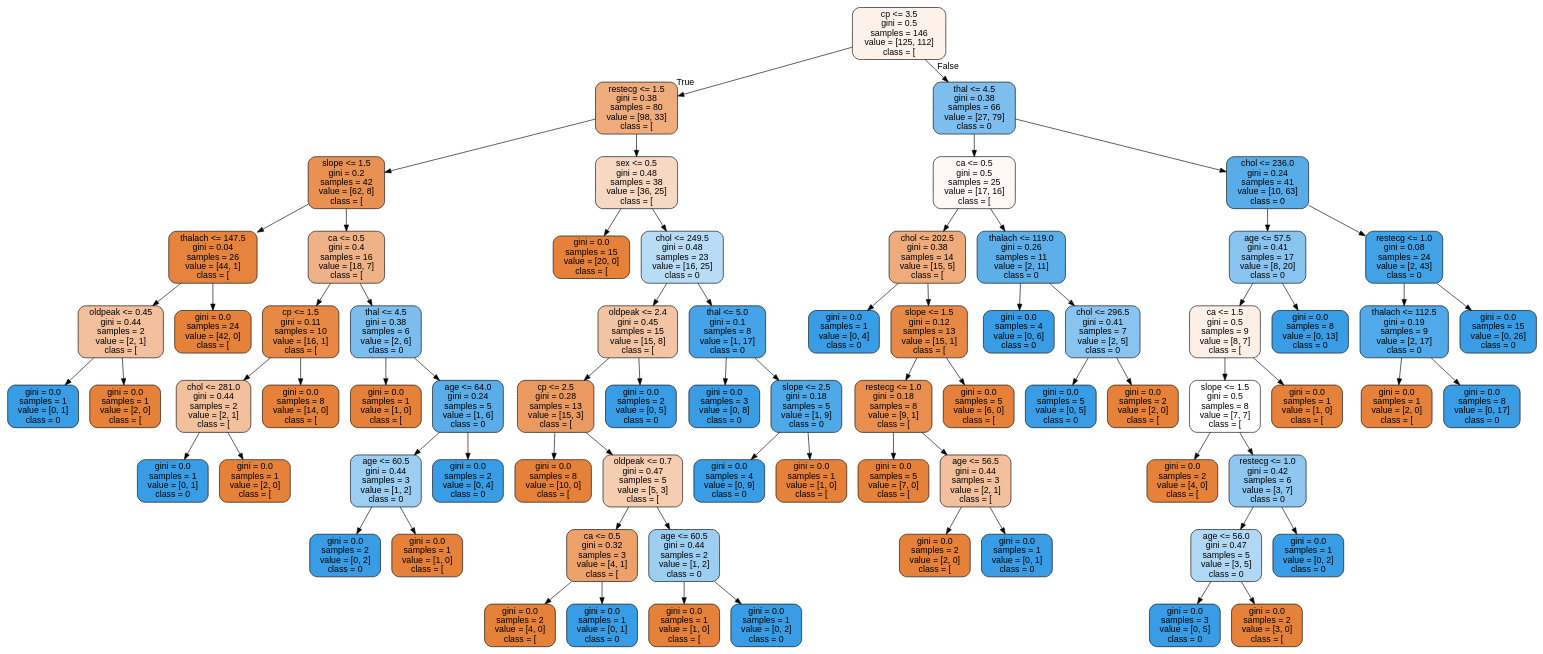
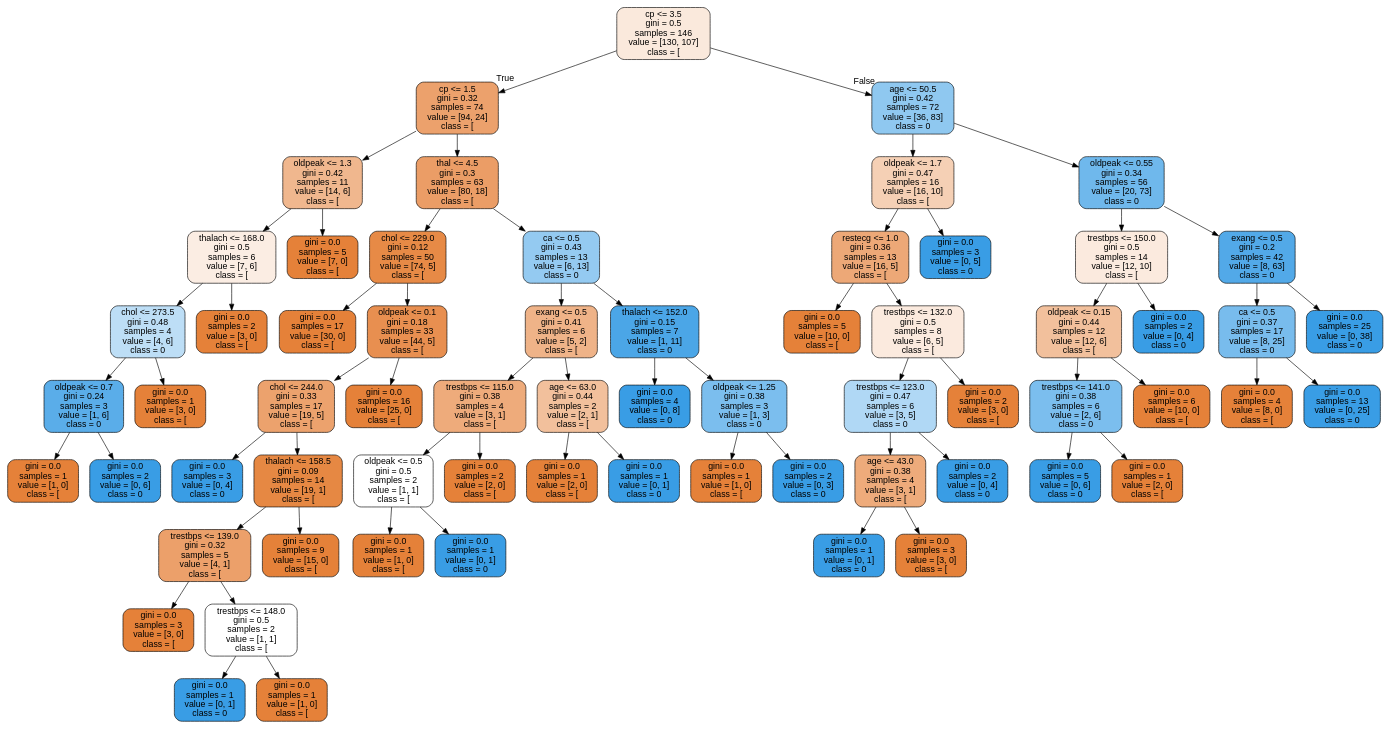
Before and after one commit to yunweiliang/cse163-final-project: the diagram in tree.dot, drawn with Graphviz. The commit also changed 27 other files, not shown here.

```diff
--- a/tree.dot
+++ b/tree.dot
@@ -1,149 +1,133 @@
 digraph Tree {
 node [shape=box, style="filled, rounded", color="black", fontname=helvetica] ;
 edge [fontname=helvetica] ;
-0 [label="cp <= 3.5\ngini = 0.5\nsamples = 146\nvalue = [125, 112]\nclass = [", fillcolor="#fcf2ea"] ;
-1 [label="restecg <= 1.5\ngini = 0.38\nsamples = 80\nvalue = [98, 33]\nclass = [", fillcolor="#eeab7c"] ;
+0 [label="cp <= 3.5\ngini = 0.5\nsamples = 146\nvalue = [130, 107]\nclass = [", fillcolor="#fae9dc"] ;
+1 [label="cp <= 1.5\ngini = 0.32\nsamples = 74\nvalue = [94, 24]\nclass = [", fillcolor="#eca16c"] ;
 0 -> 1 [labeldistance=2.5, labelangle=45, headlabel="True"] ;
-2 [label="slope <= 1.5\ngini = 0.2\nsamples = 42\nvalue = [62, 8]\nclass = [", fillcolor="#e89153"] ;
+2 [label="oldpeak <= 1.3\ngini = 0.42\nsamples = 11\nvalue = [14, 6]\nclass = [", fillcolor="#f0b78e"] ;
 1 -> 2 ;
-3 [label="thalach <= 147.5\ngini = 0.04\nsamples = 26\nvalue = [44, 1]\nclass = [", fillcolor="#e6843d"] ;
+3 [label="thalach <= 168.0\ngini = 0.5\nsamples = 6\nvalue = [7, 6]\nclass = [", fillcolor="#fbede3"] ;
 2 -> 3 ;
-4 [label="oldpeak <= 0.45\ngini = 0.44\nsamples = 2\nvalue = [2, 1]\nclass = [", fillcolor="#f2c09c"] ;
+4 [label="chol <= 273.5\ngini = 0.48\nsamples = 4\nvalue = [4, 6]\nclass = 0", fillcolor="#bddef6"] ;
 3 -> 4 ;
-5 [label="gini = 0.0\nsamples = 1\nvalue = [0, 1]\nclass = 0", fillcolor="#399de5"] ;
+5 [label="oldpeak <= 0.7\ngini = 0.24\nsamples = 3\nvalue = [1, 6]\nclass = 0", fillcolor="#5aade9"] ;
 4 -> 5 ;
-6 [label="gini = 0.0\nsamples = 1\nvalue = [2, 0]\nclass = [", fillcolor="#e58139"] ;
-4 -> 6 ;
-7 [label="gini = 0.0\nsamples = 24\nvalue = [42, 0]\nclass = [", fillcolor="#e58139"] ;
-3 -> 7 ;
-8 [label="ca <= 0.5\ngini = 0.4\nsamples = 16\nvalue = [18, 7]\nclass = [", fillcolor="#efb286"] ;
-2 -> 8 ;
-9 [label="cp <= 1.5\ngini = 0.11\nsamples = 10\nvalue = [16, 1]\nclass = [", fillcolor="#e78945"] ;
-8 -> 9 ;
-10 [label="chol <= 281.0\ngini = 0.44\nsamples = 2\nvalue = [2, 1]\nclass = [", fillcolor="#f2c09c"] ;
-9 -> 10 ;
-11 [label="gini = 0.0\nsamples = 1\nvalue = [0, 1]\nclass = 0", fillcolor="#399de5"] ;
-10 -> 11 ;
-12 [label="gini = 0.0\nsamples = 1\nvalue = [2, 0]\nclass = [", fillcolor="#e58139"] ;
-10 -> 12 ;
-13 [label="gini = 0.0\nsamples = 8\nvalue = [14, 0]\nclass = [", fillcolor="#e58139"] ;
-9 -> 13 ;
-14 [label="thal <= 4.5\ngini = 0.38\nsamples = 6\nvalue = [2, 6]\nclass = 0", fillcolor="#7bbeee"] ;
-8 -> 14 ;
-15 [label="gini = 0.0\nsamples = 1\nvalue = [1, 0]\nclass = [", fillcolor="#e58139"] ;
+6 [label="gini = 0.0\nsamples = 1\nvalue = [1, 0]\nclass = [", fillcolor="#e58139"] ;
+5 -> 6 ;
+7 [label="gini = 0.0\nsamples = 2\nvalue = [0, 6]\nclass = 0", fillcolor="#399de5"] ;
+5 -> 7 ;
+8 [label="gini = 0.0\nsamples = 1\nvalue = [3, 0]\nclass = [", fillcolor="#e58139"] ;
+4 -> 8 ;
+9 [label="gini = 0.0\nsamples = 2\nvalue = [3, 0]\nclass = [", fillcolor="#e58139"] ;
+3 -> 9 ;
+10 [label="gini = 0.0\nsamples = 5\nvalue = [7, 0]\nclass = [", fillcolor="#e58139"] ;
+2 -> 10 ;
+11 [label="thal <= 4.5\ngini = 0.3\nsamples = 63\nvalue = [80, 18]\nclass = [", fillcolor="#eb9d66"] ;
+1 -> 11 ;
+12 [label="chol <= 229.0\ngini = 0.12\nsamples = 50\nvalue = [74, 5]\nclass = [", fillcolor="#e78a46"] ;
+11 -> 12 ;
+13 [label="gini = 0.0\nsamples = 17\nvalue = [30, 0]\nclass = [", fillcolor="#e58139"] ;
+12 -> 13 ;
+14 [label="oldpeak <= 0.1\ngini = 0.18\nsamples = 33\nvalue = [44, 5]\nclass = [", fillcolor="#e88f50"] ;
+12 -> 14 ;
+15 [label="chol <= 244.0\ngini = 0.33\nsamples = 17\nvalue = [19, 5]\nclass = [", fillcolor="#eca26d"] ;
 14 -> 15 ;
-16 [label="age <= 64.0\ngini = 0.24\nsamples = 5\nvalue = [1, 6]\nclass = 0", fillcolor="#5aade9"] ;
-14 -> 16 ;
-17 [label="age <= 60.5\ngini = 0.44\nsamples = 3\nvalue = [1, 2]\nclass = 0", fillcolor="#9ccef2"] ;
-16 -> 17 ;
-18 [label="gini = 0.0\nsamples = 2\nvalue = [0, 2]\nclass = 0", fillcolor="#399de5"] ;
+16 [label="gini = 0.0\nsamples = 3\nvalue = [0, 4]\nclass = 0", fillcolor="#399de5"] ;
+15 -> 16 ;
+17 [label="thalach <= 158.5\ngini = 0.09\nsamples = 14\nvalue = [19, 1]\nclass = [", fillcolor="#e68843"] ;
+15 -> 17 ;
+18 [label="trestbps <= 139.0\ngini = 0.32\nsamples = 5\nvalue = [4, 1]\nclass = [", fillcolor="#eca06a"] ;
 17 -> 18 ;
-19 [label="gini = 0.0\nsamples = 1\nvalue = [1, 0]\nclass = [", fillcolor="#e58139"] ;
-17 -> 19 ;
-20 [label="gini = 0.0\nsamples = 2\nvalue = [0, 4]\nclass = 0", fillcolor="#399de5"] ;
-16 -> 20 ;
-21 [label="sex <= 0.5\ngini = 0.48\nsamples = 38\nvalue = [36, 25]\nclass = [", fillcolor="#f7d8c2"] ;
-1 -> 21 ;
-22 [label="gini = 0.0\nsamples = 15\nvalue = [20, 0]\nclass = [", fillcolor="#e58139"] ;
-21 -> 22 ;
-23 [label="chol <= 249.5\ngini = 0.48\nsamples = 23\nvalue = [16, 25]\nclass = 0", fillcolor="#b8dcf6"] ;
-21 -> 23 ;
-24 [label="oldpeak <= 2.4\ngini = 0.45\nsamples = 15\nvalue = [15, 8]\nclass = [", fillcolor="#f3c4a3"] ;
-23 -> 24 ;
-25 [label="cp <= 2.5\ngini = 0.28\nsamples = 13\nvalue = [15, 3]\nclass = [", fillcolor="#ea9a61"] ;
-24 -> 25 ;
-26 [label="gini = 0.0\nsamples = 8\nvalue = [10, 0]\nclass = [", fillcolor="#e58139"] ;
+19 [label="gini = 0.0\nsamples = 3\nvalue = [3, 0]\nclass = [", fillcolor="#e58139"] ;
+18 -> 19 ;
+20 [label="trestbps <= 148.0\ngini = 0.5\nsamples = 2\nvalue = [1, 1]\nclass = [", fillcolor="#ffffff"] ;
+18 -> 20 ;
+21 [label="gini = 0.0\nsamples = 1\nvalue = [0, 1]\nclass = 0", fillcolor="#399de5"] ;
+20 -> 21 ;
+22 [label="gini = 0.0\nsamples = 1\nvalue = [1, 0]\nclass = [", fillcolor="#e58139"] ;
+20 -> 22 ;
+23 [label="gini = 0.0\nsamples = 9\nvalue = [15, 0]\nclass = [", fillcolor="#e58139"] ;
+17 -> 23 ;
+24 [label="gini = 0.0\nsamples = 16\nvalue = [25, 0]\nclass = [", fillcolor="#e58139"] ;
+14 -> 24 ;
+25 [label="ca <= 0.5\ngini = 0.43\nsamples = 13\nvalue = [6, 13]\nclass = 0", fillcolor="#94caf1"] ;
+11 -> 25 ;
+26 [label="exang <= 0.5\ngini = 0.41\nsamples = 6\nvalue = [5, 2]\nclass = [", fillcolor="#efb388"] ;
 25 -> 26 ;
-27 [label="oldpeak <= 0.7\ngini = 0.47\nsamples = 5\nvalue = [5, 3]\nclass = [", fillcolor="#f5cdb0"] ;
-25 -> 27 ;
-28 [label="ca <= 0.5\ngini = 0.32\nsamples = 3\nvalue = [4, 1]\nclass = [", fillcolor="#eca06a"] ;
+27 [label="trestbps <= 115.0\ngini = 0.38\nsamples = 4\nvalue = [3, 1]\nclass = [", fillcolor="#eeab7b"] ;
+26 -> 27 ;
+28 [label="oldpeak <= 0.5\ngini = 0.5\nsamples = 2\nvalue = [1, 1]\nclass = [", fillcolor="#ffffff"] ;
 27 -> 28 ;
-29 [label="gini = 0.0\nsamples = 2\nvalue = [4, 0]\nclass = [", fillcolor="#e58139"] ;
+29 [label="gini = 0.0\nsamples = 1\nvalue = [1, 0]\nclass = [", fillcolor="#e58139"] ;
 28 -> 29 ;
 30 [label="gini = 0.0\nsamples = 1\nvalue = [0, 1]\nclass = 0", fillcolor="#399de5"] ;
 28 -> 30 ;
-31 [label="age <= 60.5\ngini = 0.44\nsamples = 2\nvalue = [1, 2]\nclass = 0", fillcolor="#9ccef2"] ;
+31 [label="gini = 0.0\nsamples = 2\nvalue = [2, 0]\nclass = [", fillcolor="#e58139"] ;
 27 -> 31 ;
-32 [label="gini = 0.0\nsamples = 1\nvalue = [1, 0]\nclass = [", fillcolor="#e58139"] ;
-31 -> 32 ;
-33 [label="gini = 0.0\nsamples = 1\nvalue = [0, 2]\nclass = 0", fillcolor="#399de5"] ;
-31 -> 33 ;
-34 [label="gini = 0.0\nsamples = 2\nvalue = [0, 5]\nclass = 0", fillcolor="#399de5"] ;
-24 -> 34 ;
-35 [label="thal <= 5.0\ngini = 0.1\nsamples = 8\nvalue = [1, 17]\nclass = 0", fillcolor="#45a3e7"] ;
-23 -> 35 ;
-36 [label="gini = 0.0\nsamples = 3\nvalue = [0, 8]\nclass = 0", fillcolor="#399de5"] ;
+32 [label="age <= 63.0\ngini = 0.44\nsamples = 2\nvalue = [2, 1]\nclass = [", fillcolor="#f2c09c"] ;
+26 -> 32 ;
+33 [label="gini = 0.0\nsamples = 1\nvalue = [2, 0]\nclass = [", fillcolor="#e58139"] ;
+32 -> 33 ;
+34 [label="gini = 0.0\nsamples = 1\nvalue = [0, 1]\nclass = 0", fillcolor="#399de5"] ;
+32 -> 34 ;
+35 [label="thalach <= 152.0\ngini = 0.15\nsamples = 7\nvalue = [1, 11]\nclass = 0", fillcolor="#4ba6e7"] ;
+25 -> 35 ;
+36 [label="gini = 0.0\nsamples = 4\nvalue = [0, 8]\nclass = 0", fillcolor="#399de5"] ;
 35 -> 36 ;
-37 [label="slope <= 2.5\ngini = 0.18\nsamples = 5\nvalue = [1, 9]\nclass = 0", fillcolor="#4fa8e8"] ;
+37 [label="oldpeak <= 1.25\ngini = 0.38\nsamples = 3\nvalue = [1, 3]\nclass = 0", fillcolor="#7bbeee"] ;
 35 -> 37 ;
-38 [label="gini = 0.0\nsamples = 4\nvalue = [0, 9]\nclass = 0", fillcolor="#399de5"] ;
+38 [label="gini = 0.0\nsamples = 1\nvalue = [1, 0]\nclass = [", fillcolor="#e58139"] ;
 37 -> 38 ;
-39 [label="gini = 0.0\nsamples = 1\nvalue = [1, 0]\nclass = [", fillcolor="#e58139"] ;
+39 [label="gini = 0.0\nsamples = 2\nvalue = [0, 3]\nclass = 0", fillcolor="#399de5"] ;
 37 -> 39 ;
-40 [label="thal <= 4.5\ngini = 0.38\nsamples = 66\nvalue = [27, 79]\nclass = 0", fillcolor="#7dbeee"] ;
+40 [label="age <= 50.5\ngini = 0.42\nsamples = 72\nvalue = [36, 83]\nclass = 0", fillcolor="#8fc8f0"] ;
 0 -> 40 [labeldistance=2.5, labelangle=-45, headlabel="False"] ;
-41 [label="ca <= 0.5\ngini = 0.5\nsamples = 25\nvalue = [17, 16]\nclass = [", fillcolor="#fdf8f3"] ;
+41 [label="oldpeak <= 1.7\ngini = 0.47\nsamples = 16\nvalue = [16, 10]\nclass = [", fillcolor="#f5d0b5"] ;
 40 -> 41 ;
-42 [label="chol <= 202.5\ngini = 0.38\nsamples = 14\nvalue = [15, 5]\nclass = [", fillcolor="#eeab7b"] ;
+42 [label="restecg <= 1.0\ngini = 0.36\nsamples = 13\nvalue = [16, 5]\nclass = [", fillcolor="#eda877"] ;
 41 -> 42 ;
-43 [label="gini = 0.0\nsamples = 1\nvalue = [0, 4]\nclass = 0", fillcolor="#399de5"] ;
+43 [label="gini = 0.0\nsamples = 5\nvalue = [10, 0]\nclass = [", fillcolor="#e58139"] ;
 42 -> 43 ;
-44 [label="slope <= 1.5\ngini = 0.12\nsamples = 13\nvalue = [15, 1]\nclass = [", fillcolor="#e78946"] ;
+44 [label="trestbps <= 132.0\ngini = 0.5\nsamples = 8\nvalue = [6, 5]\nclass = [", fillcolor="#fbeade"] ;
 42 -> 44 ;
-45 [label="restecg <= 1.0\ngini = 0.18\nsamples = 8\nvalue = [9, 1]\nclass = [", fillcolor="#e88f4f"] ;
+45 [label="trestbps <= 123.0\ngini = 0.47\nsamples = 6\nvalue = [3, 5]\nclass = 0", fillcolor="#b0d8f5"] ;
 44 -> 45 ;
-46 [label="gini = 0.0\nsamples = 5\nvalue = [7, 0]\nclass = [", fillcolor="#e58139"] ;
+46 [label="age <= 43.0\ngini = 0.38\nsamples = 4\nvalue = [3, 1]\nclass = [", fillcolor="#eeab7b"] ;
 45 -> 46 ;
-47 [label="age <= 56.5\ngini = 0.44\nsamples = 3\nvalue = [2, 1]\nclass = [", fillcolor="#f2c09c"] ;
-45 -> 47 ;
-48 [label="gini = 0.0\nsamples = 2\nvalue = [2, 0]\nclass = [", fillcolor="#e58139"] ;
-47 -> 48 ;
-49 [label="gini = 0.0\nsamples = 1\nvalue = [0, 1]\nclass = 0", fillcolor="#399de5"] ;
-47 -> 49 ;
-50 [label="gini = 0.0\nsamples = 5\nvalue = [6, 0]\nclass = [", fillcolor="#e58139"] ;
+47 [label="gini = 0.0\nsamples = 1\nvalue = [0, 1]\nclass = 0", fillcolor="#399de5"] ;
+46 -> 47 ;
+48 [label="gini = 0.0\nsamples = 3\nvalue = [3, 0]\nclass = [", fillcolor="#e58139"] ;
+46 -> 48 ;
+49 [label="gini = 0.0\nsamples = 2\nvalue = [0, 4]\nclass = 0", fillcolor="#399de5"] ;
+45 -> 49 ;
+50 [label="gini = 0.0\nsamples = 2\nvalue = [3, 0]\nclass = [", fillcolor="#e58139"] ;
 44 -> 50 ;
-51 [label="thalach <= 119.0\ngini = 0.26\nsamples = 11\nvalue = [2, 11]\nclass = 0", fillcolor="#5dafea"] ;
+51 [label="gini = 0.0\nsamples = 3\nvalue = [0, 5]\nclass = 0", fillcolor="#399de5"] ;
 41 -> 51 ;
-52 [label="gini = 0.0\nsamples = 4\nvalue = [0, 6]\nclass = 0", fillcolor="#399de5"] ;
-51 -> 52 ;
-53 [label="chol <= 296.5\ngini = 0.41\nsamples = 7\nvalue = [2, 5]\nclass = 0", fillcolor="#88c4ef"] ;
-51 -> 53 ;
-54 [label="gini = 0.0\nsamples = 5\nvalue = [0, 5]\nclass = 0", fillcolor="#399de5"] ;
+52 [label="oldpeak <= 0.55\ngini = 0.34\nsamples = 56\nvalue = [20, 73]\nclass = 0", fillcolor="#6fb8ec"] ;
+40 -> 52 ;
+53 [label="trestbps <= 150.0\ngini = 0.5\nsamples = 14\nvalue = [12, 10]\nclass = [", fillcolor="#fbeade"] ;
+52 -> 53 ;
+54 [label="oldpeak <= 0.15\ngini = 0.44\nsamples = 12\nvalue = [12, 6]\nclass = [", fillcolor="#f2c09c"] ;
 53 -> 54 ;
-55 [label="gini = 0.0\nsamples = 2\nvalue = [2, 0]\nclass = [", fillcolor="#e58139"] ;
-53 -> 55 ;
-56 [label="chol <= 236.0\ngini = 0.24\nsamples = 41\nvalue = [10, 63]\nclass = 0", fillcolor="#58ade9"] ;
-40 -> 56 ;
-57 [label="age <= 57.5\ngini = 0.41\nsamples = 17\nvalue = [8, 20]\nclass = 0", fillcolor="#88c4ef"] ;
-56 -> 57 ;
-58 [label="ca <= 1.5\ngini = 0.5\nsamples = 9\nvalue = [8, 7]\nclass = [", fillcolor="#fcefe6"] ;
-57 -> 58 ;
-59 [label="slope <= 1.5\ngini = 0.5\nsamples = 8\nvalue = [7, 7]\nclass = [", fillcolor="#ffffff"] ;
-58 -> 59 ;
-60 [label="gini = 0.0\nsamples = 2\nvalue = [4, 0]\nclass = [", fillcolor="#e58139"] ;
-59 -> 60 ;
-61 [label="restecg <= 1.0\ngini = 0.42\nsamples = 6\nvalue = [3, 7]\nclass = 0", fillcolor="#8ec7f0"] ;
-59 -> 61 ;
-62 [label="age <= 56.0\ngini = 0.47\nsamples = 5\nvalue = [3, 5]\nclass = 0", fillcolor="#b0d8f5"] ;
+55 [label="trestbps <= 141.0\ngini = 0.38\nsamples = 6\nvalue = [2, 6]\nclass = 0", fillcolor="#7bbeee"] ;
+54 -> 55 ;
+56 [label="gini = 0.0\nsamples = 5\nvalue = [0, 6]\nclass = 0", fillcolor="#399de5"] ;
+55 -> 56 ;
+57 [label="gini = 0.0\nsamples = 1\nvalue = [2, 0]\nclass = [", fillcolor="#e58139"] ;
+55 -> 57 ;
+58 [label="gini = 0.0\nsamples = 6\nvalue = [10, 0]\nclass = [", fillcolor="#e58139"] ;
+54 -> 58 ;
+59 [label="gini = 0.0\nsamples = 2\nvalue = [0, 4]\nclass = 0", fillcolor="#399de5"] ;
+53 -> 59 ;
+60 [label="exang <= 0.5\ngini = 0.2\nsamples = 42\nvalue = [8, 63]\nclass = 0", fillcolor="#52a9e8"] ;
+52 -> 60 ;
+61 [label="ca <= 0.5\ngini = 0.37\nsamples = 17\nvalue = [8, 25]\nclass = 0", fillcolor="#78bced"] ;
+60 -> 61 ;
+62 [label="gini = 0.0\nsamples = 4\nvalue = [8, 0]\nclass = [", fillcolor="#e58139"] ;
 61 -> 62 ;
-63 [label="gini = 0.0\nsamples = 3\nvalue = [0, 5]\nclass = 0", fillcolor="#399de5"] ;
-62 -> 63 ;
-64 [label="gini = 0.0\nsamples = 2\nvalue = [3, 0]\nclass = [", fillcolor="#e58139"] ;
-62 -> 64 ;
-65 [label="gini = 0.0\nsamples = 1\nvalue = [0, 2]\nclass = 0", fillcolor="#399de5"] ;
-61 -> 65 ;
-66 [label="gini = 0.0\nsamples = 1\nvalue = [1, 0]\nclass = [", fillcolor="#e58139"] ;
-58 -> 66 ;
-67 [label="gini = 0.0\nsamples = 8\nvalue = [0, 13]\nclass = 0", fillcolor="#399de5"] ;
-57 -> 67 ;
-68 [label="restecg <= 1.0\ngini = 0.08\nsamples = 24\nvalue = [2, 43]\nclass = 0", fillcolor="#42a2e6"] ;
-56 -> 68 ;
-69 [label="thalach <= 112.5\ngini = 0.19\nsamples = 9\nvalue = [2, 17]\nclass = 0", fillcolor="#50a9e8"] ;
-68 -> 69 ;
-70 [label="gini = 0.0\nsamples = 1\nvalue = [2, 0]\nclass = [", fillcolor="#e58139"] ;
-69 -> 70 ;
-71 [label="gini = 0.0\nsamples = 8\nvalue = [0, 17]\nclass = 0", fillcolor="#399de5"] ;
-69 -> 71 ;
-72 [label="gini = 0.0\nsamples = 15\nvalue = [0, 26]\nclass = 0", fillcolor="#399de5"] ;
-68 -> 72 ;
+63 [label="gini = 0.0\nsamples = 13\nvalue = [0, 25]\nclass = 0", fillcolor="#399de5"] ;
+61 -> 63 ;
+64 [label="gini = 0.0\nsamples = 25\nvalue = [0, 38]\nclass = 0", fillcolor="#399de5"] ;
+60 -> 64 ;
 }
```
